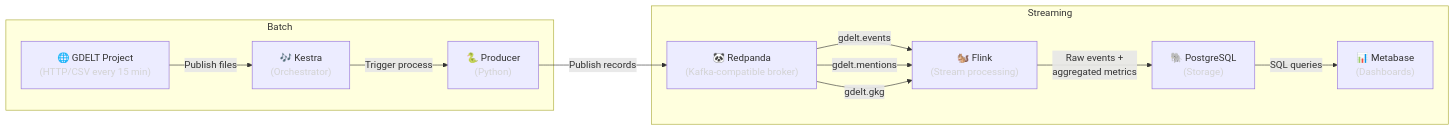
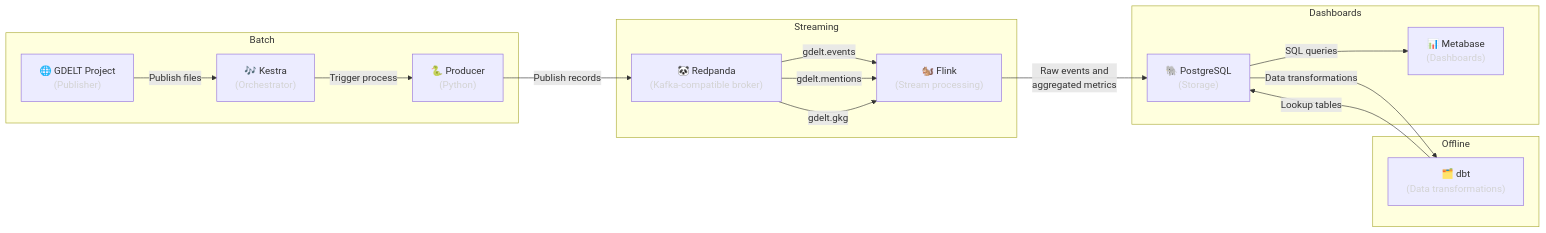
The diagram in proyecto-analisis-de-gdelt/README.md (elcapo/data-engineering-zoomcamp), drawn with Mermaid before and after one commit. The commit also changed other lines of this file and 14 other files, not shown here.

````diff
--- a/proyecto-analisis-de-gdelt/README.md
+++ b/proyecto-analisis-de-gdelt/README.md
@@ -29,26 +29,36 @@
 ```mermaid
 graph LR
     subgraph Batch
-        GDELT["🌐 GDELT Project<br><span style="color: lightgray">(HTTP/CSV every 15 min)</span>"]
+        GDELT["🌐 GDELT Project<br><span style="color: lightgray">(Publisher)</span>"]
         Kestra["🎶 Kestra<br><span style="color: lightgray">(Orchestrator)</span>"]
         Producer["🐍 Producer<br><span style="color: lightgray">(Python)</span>"]
+    end
+
+    subgraph Offline
+        dbt["🗂️ dbt<br><span style="color: lightgray">(Data transformations)</span>"]
     end
 
     subgraph Streaming
         Redpanda["🐼 Redpanda<br><span style="color: lightgray">(Kafka-compatible broker)</span>"]
         Flink["🐿️ Flink<br><span style="color: lightgray">(Stream processing)</span>"]
+    end
+
+    subgraph Dashboards
         Postgres["🐘 PostgreSQL<br><span style="color: lightgray">(Storage)</span>"]
         Metabase["📊 Metabase<br><span style="color: lightgray">(Dashboards)</span>"]
     end
 
     GDELT -- "Publish files" --> Kestra
     Kestra -- "Trigger process" --> Producer
     Producer -- "Publish records" --> Redpanda
 
     Redpanda -- "gdelt.events" --> Flink
     Redpanda -- "gdelt.mentions" --> Flink
     Redpanda -- "gdelt.gkg" --> Flink
 
-    Flink -- "Raw events +<br>aggregated metrics" --> Postgres
+    Flink -- "Raw events and<br>aggregated metrics" --> Postgres
+    dbt -- "Lookup tables" --> Postgres
+    Postgres -- "Data transformations" --> dbt
+
     Postgres -- "SQL queries" --> Metabase
 ```
````
